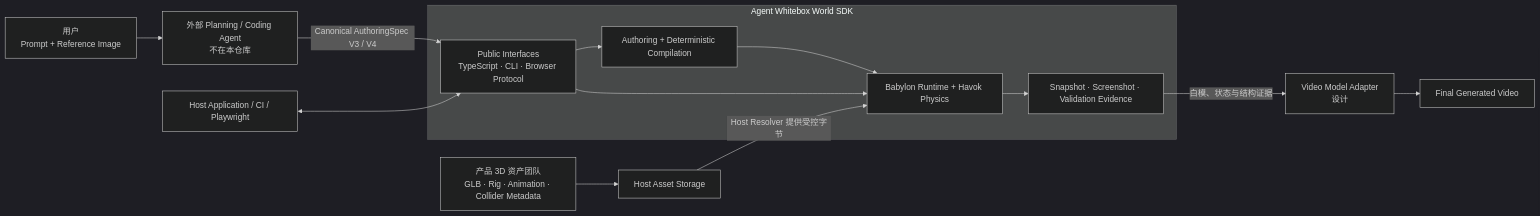
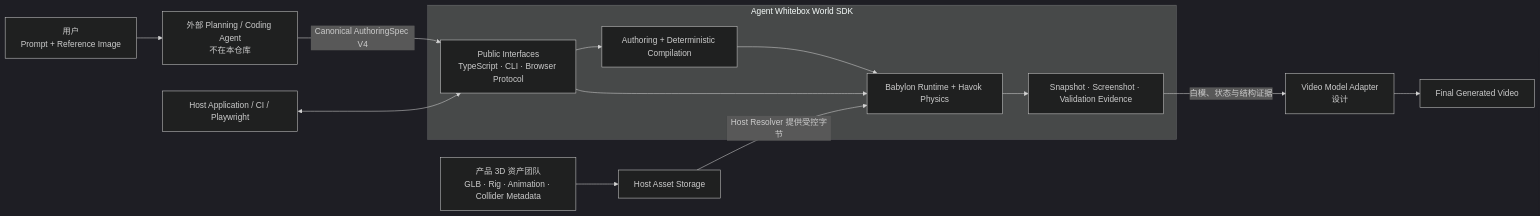
Before and after one commit to Gjh829803/ceshi: the first of 5 diagrams in docs/02-sdk-architecture.md, drawn with Mermaid (dark theme). The commit also changed other lines of this file and 3 other files, not shown here.

````diff
--- a/docs/02-sdk-architecture.md
+++ b/docs/02-sdk-architecture.md
@@ -24,21 +23,21 @@
 ```mermaid
 flowchart LR
     USER["用户<br/>Prompt + Reference Image"] --> AGENT["外部 Planning / Coding Agent<br/>不在本仓库"]
 
     ASSET_TEAM["产品 3D 资产团队<br/>GLB · Rig · Animation · Collider Metadata"] --> ASSET_STORE["Host Asset Storage"]
 
     subgraph SDK["Agent Whitebox World SDK"]
         API["Public Interfaces<br/>TypeScript · CLI · Browser Protocol"]
         AUTHORING["Authoring + Deterministic Compilation"]
         RUNTIME["Babylon Runtime + Havok Physics"]
         EVIDENCE["Snapshot · Screenshot · Validation Evidence"]
         API --> AUTHORING --> RUNTIME --> EVIDENCE
         API --> RUNTIME
     end
 
-    AGENT -->|"Canonical AuthoringSpec V3 / V4"| API
+    AGENT -->|"Canonical AuthoringSpec V4"| API
     ASSET_STORE -->|"Host Resolver 提供受控字节"| RUNTIME
     HOST["Host Application / CI / Playwright"] <--> API
     EVIDENCE -->|"白模、状态与结构证据"| ADAPTER["Video Model Adapter<br/>设计"]
     ADAPTER --> VIDEO["Final Generated Video"]
 ```
````
